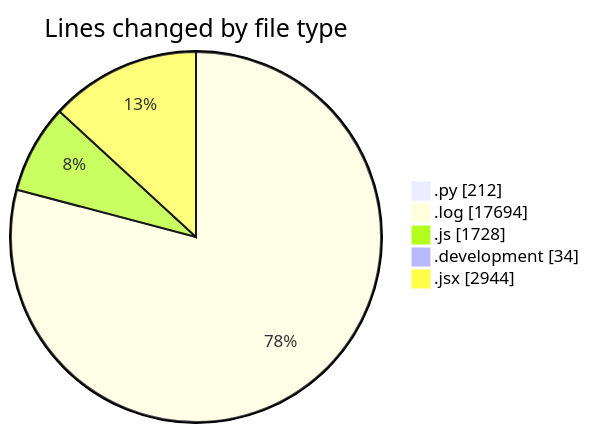
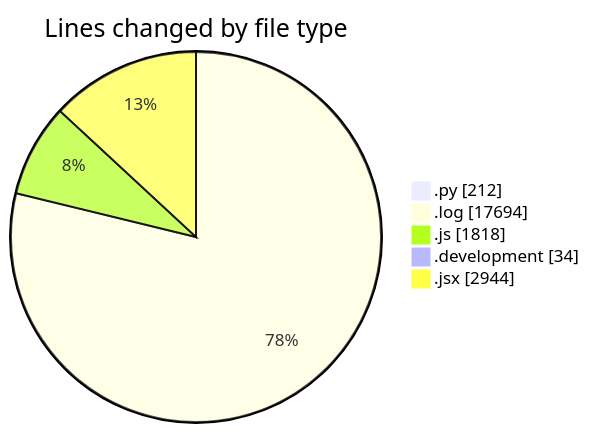
One commit to nxtqubesakshisongat/code-tracking changed the first of 2 diagrams in 2025-04-19/nxtqube_webapp/README.md. Above: the diagram before and after it, drawn with Mermaid. The commit also changed other lines of this file and 1 other file, not shown here.

````diff
--- a/2025-04-19/nxtqube_webapp/README.md
+++ b/2025-04-19/nxtqube_webapp/README.md
@@ -40,9 +41,9 @@
 ```mermaid
 pie showData
 title Lines changed by file type
 ".py" : 212
 ".log" : 17694
-".js" : 1728
+".js" : 1818
 ".development" : 34
 ".jsx" : 2944
 ```
````
